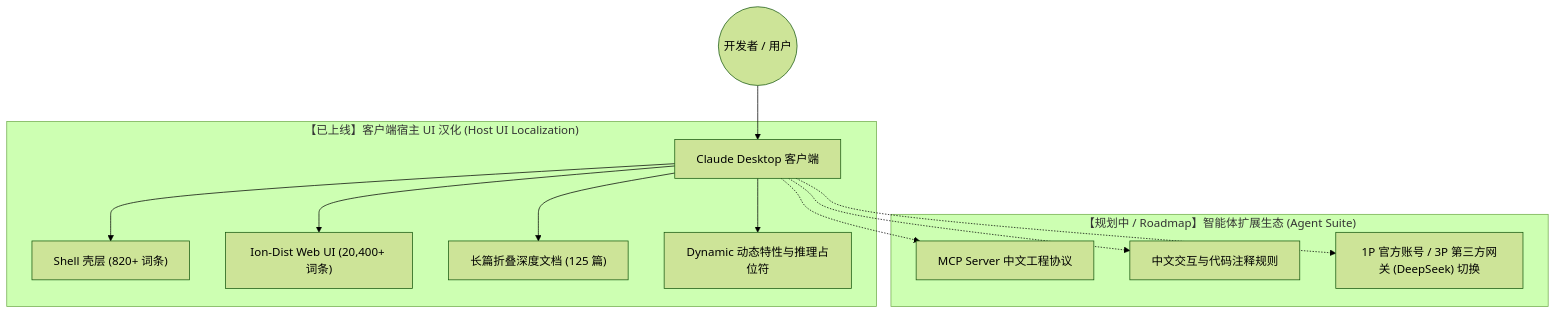
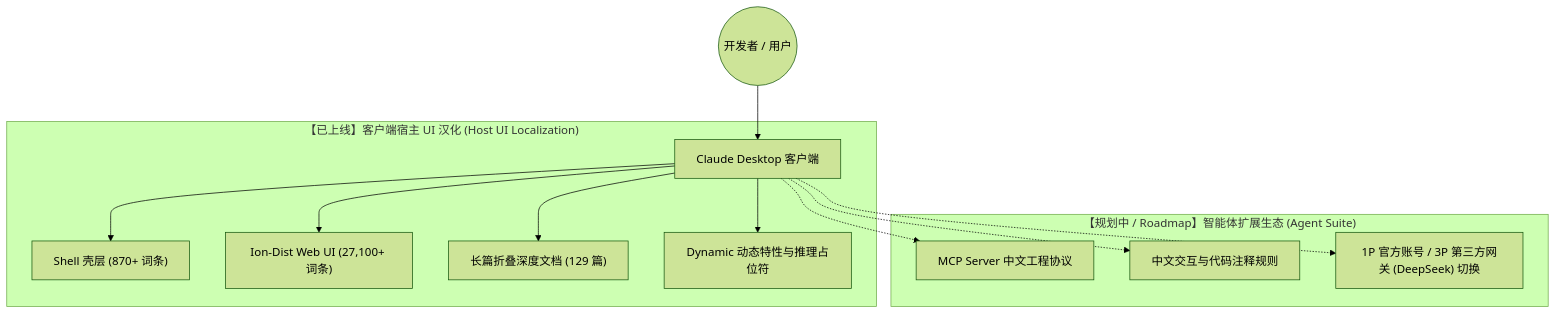
The first of 2 diagrams in README.md (yiheng8023/claude-chinese), drawn with Mermaid (forest theme) before and after one commit. The commit also changed other lines of this file and 8 other files, not shown here.

````diff
--- a/README.md
+++ b/README.md
@@ -40,17 +40,17 @@
 ```mermaid
 graph TD
     User((开发者 / 用户)) --> ClaudeApp[Claude Desktop 客户端]
     
     subgraph Mode1 ["【已上线】客户端宿主 UI 汉化 (Host UI Localization)"]
-        ClaudeApp --> ShellLayer["Shell 壳层 (820+ 词条)"]
-        ClaudeApp --> WebUILayer["Ion-Dist Web UI (20,400+ 词条)"]
-        ClaudeApp --> LongDocsLayer["长篇折叠深度文档 (125 篇)"]
+        ClaudeApp --> ShellLayer["Shell 壳层 (870+ 词条)"]
+        ClaudeApp --> WebUILayer["Ion-Dist Web UI (27,100+ 词条)"]
+        ClaudeApp --> LongDocsLayer["长篇折叠深度文档 (129 篇)"]
         ClaudeApp --> DynamicLayer["Dynamic 动态特性与推理占位符"]
     end
     
     subgraph Mode2 ["【规划中 / Roadmap】智能体扩展生态 (Agent Suite)"]
         ClaudeApp -.-> MCP["MCP Server 中文工程协议"]
         ClaudeApp -.-> Rules["中文交互与代码注释规则"]
         ClaudeApp -.-> Switcher["1P 官方账号 / 3P 第三方网关 (DeepSeek) 切换"]
     end
 ```
````
